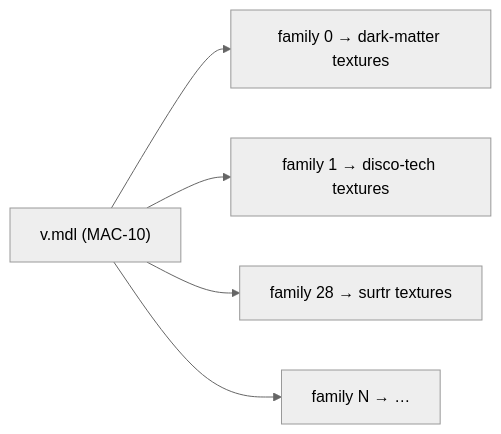
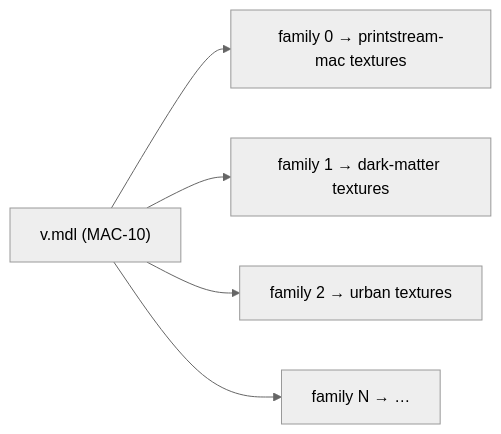
One commit to altair-sossai/l4d2-zone-server changed the diagram in docs/weapon-skins/02-assets.md. Above: the diagram before and after it, drawn with Mermaid (neutral theme). The commit also changed other lines of this file and 46 other files, not shown here.

````diff
--- a/docs/weapon-skins/02-assets.md
+++ b/docs/weapon-skins/02-assets.md
@@ -56,7 +59,7 @@
 ```mermaid
 flowchart LR
-    M["v.mdl (MAC-10)"] --> F0["family 0 → dark-matter textures"]
-    M --> F1["family 1 → disco-tech textures"]
-    M --> F28["family 28 → surtr textures"]
+    M["v.mdl (MAC-10)"] --> F0["family 0 → printstream-mac textures"]
+    M --> F1["family 1 → dark-matter textures"]
+    M --> F2["family 2 → urban textures"]
     M --> FN["family N → …"]
 ```
````
